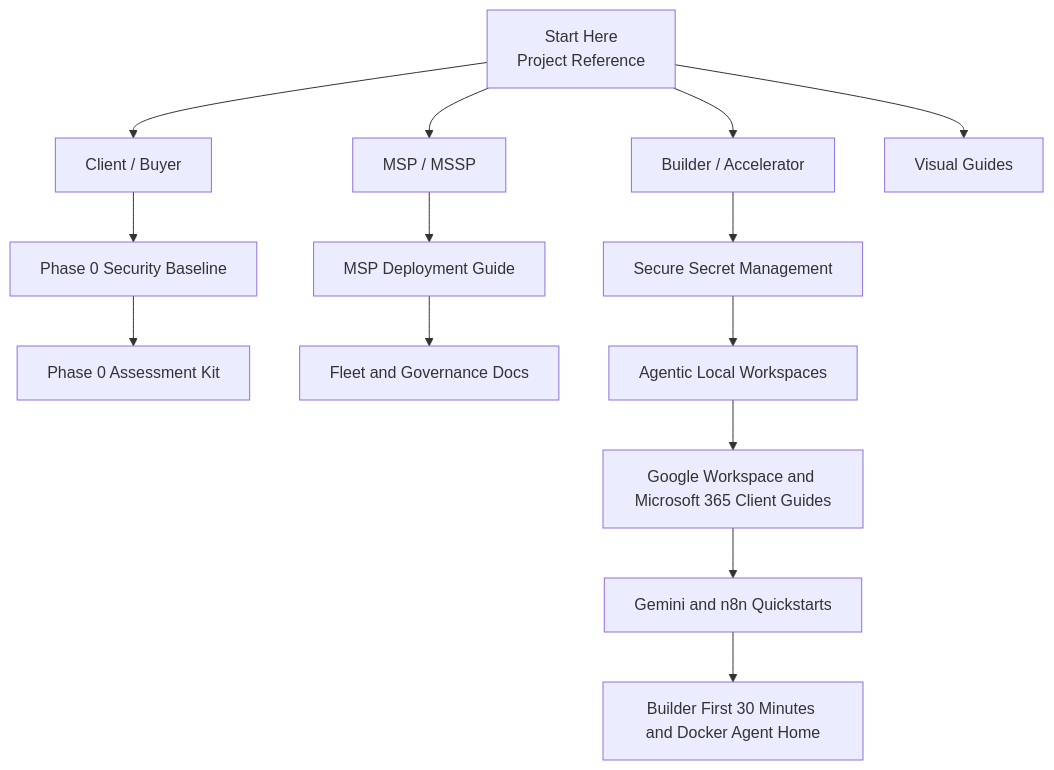
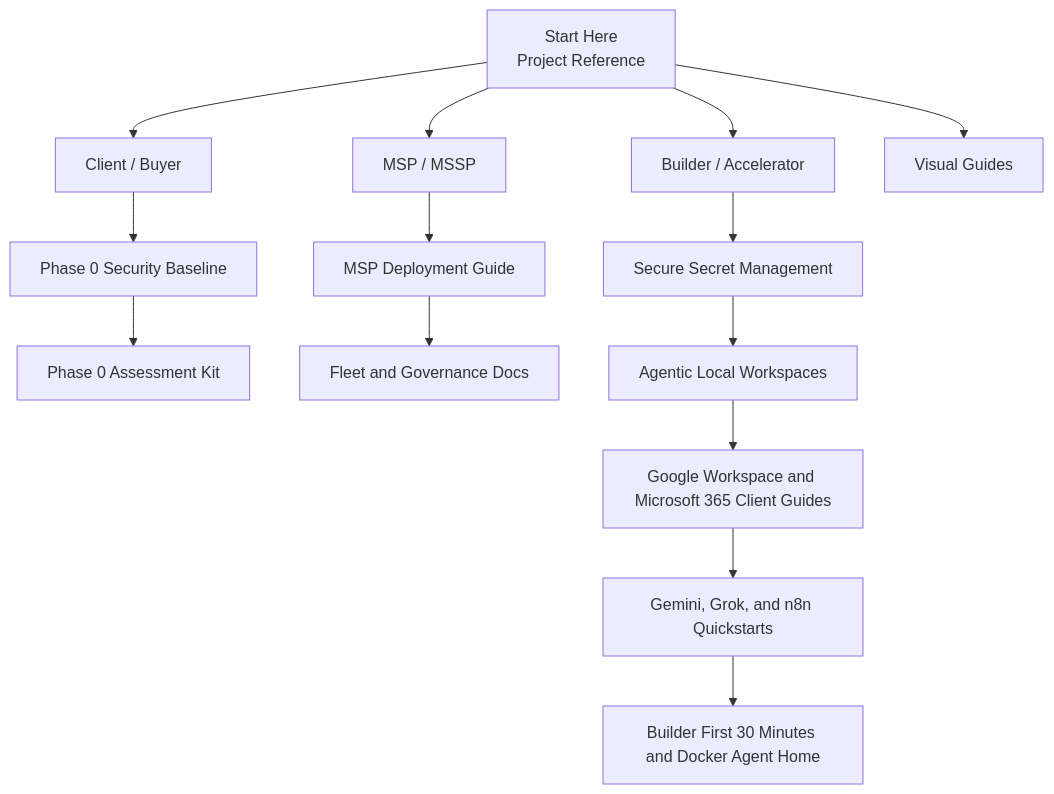
The diagram in docs/visuals/noemi-audience-entry-map.md (project-noemi/agents), drawn with Mermaid before and after one commit. The commit also changed 17 other files, not shown here.

````diff
--- a/docs/visuals/noemi-audience-entry-map.md
+++ b/docs/visuals/noemi-audience-entry-map.md
@@ -5,28 +5,28 @@
 ```mermaid
 flowchart TD
     start["Start Here\nProject Reference"]
 
     client["Client / Buyer"]
     msp["MSP / MSSP"]
     builder["Builder / Accelerator"]
 
     phase0["Phase 0 Security Baseline"]
     assess["Phase 0 Assessment Kit"]
     mspGuide["MSP Deployment Guide"]
     ops["Fleet and Governance Docs"]
     secrets["Secure Secret Management"]
     workspaces["Agentic Local Workspaces"]
     integrations["Google Workspace and Microsoft 365 Client Guides"]
-    quickstarts["Gemini and n8n Quickstarts"]
+    quickstarts["Gemini, Grok, and n8n Quickstarts"]
     docker["Builder First 30 Minutes and Docker Agent Home"]
     visuals["Visual Guides"]
 
     start --> visuals
     start --> client
     start --> msp
     start --> builder
 
     client --> phase0 --> assess
     msp --> mspGuide --> ops
     builder --> secrets --> workspaces --> integrations --> quickstarts --> docker
 ```
````
